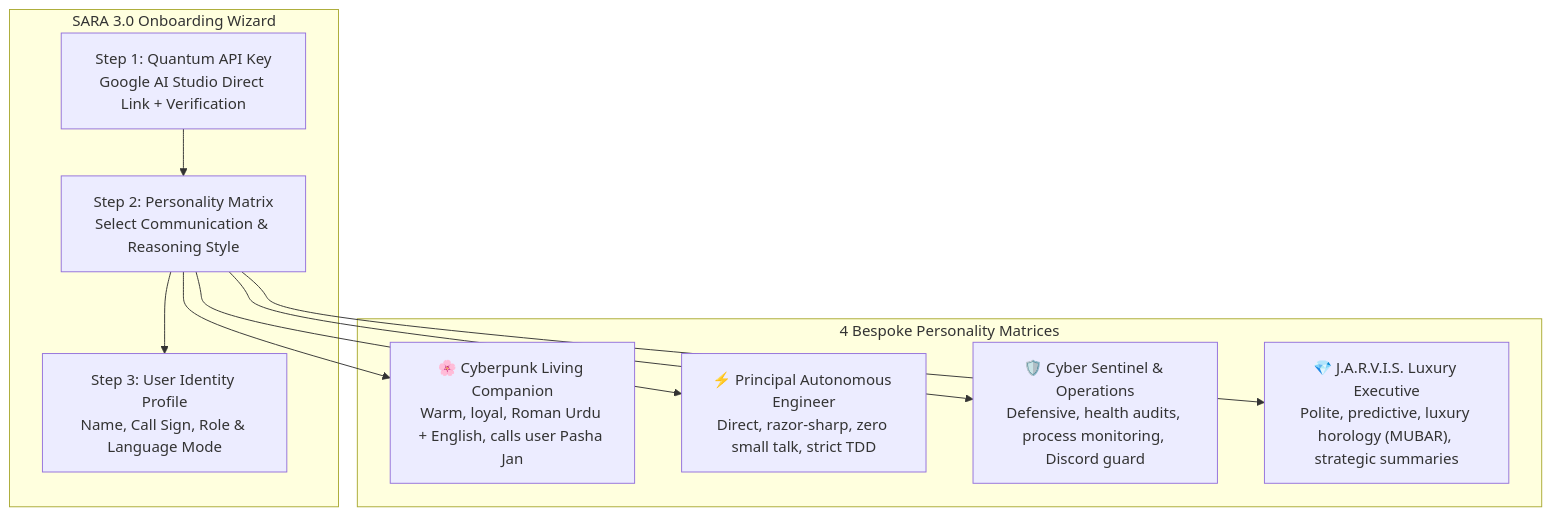
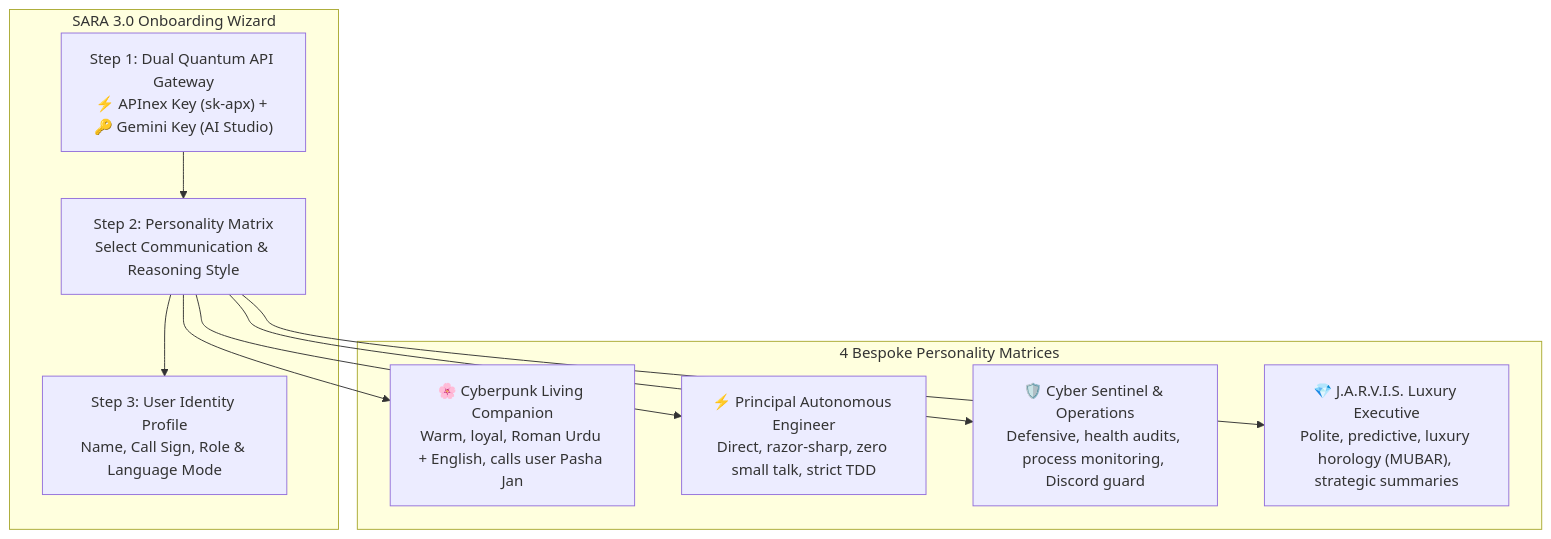
The fourth of 4 diagrams in architecture.md (pasha804/SARA-AI-2.5-Pro), drawn with Mermaid before and after one commit. The commit also changed other lines of this file and 3 other files, not shown here.

Commit message:
docs(refinement): synchronize architecture blueprint, README test badges, and APInex key redactor

````diff
--- a/architecture.md
+++ b/architecture.md
@@ -140,21 +140,21 @@
 ```mermaid
 graph TD
     subgraph ONBOARDING_WIZARD ["SARA 3.0 Onboarding Wizard"]
-        S1["Step 1: Quantum API Key<br/>Google AI Studio Direct Link + Verification"]
+        S1["Step 1: Dual Quantum API Gateway<br/>⚡ APInex Key (sk-apx) + 🔑 Gemini Key (AI Studio)"]
         S2["Step 2: Personality Matrix<br/>Select Communication & Reasoning Style"]
         S3["Step 3: User Identity Profile<br/>Name, Call Sign, Role & Language Mode"]
         S1 --> S2 --> S3
     end
 
     subgraph PERSONALITY_MODES ["4 Bespoke Personality Matrices"]
         P1["🌸 Cyberpunk Living Companion<br/>Warm, loyal, Roman Urdu + English, calls user Pasha Jan"]
         P2["⚡ Principal Autonomous Engineer<br/>Direct, razor-sharp, zero small talk, strict TDD"]
         P3["🛡️ Cyber Sentinel & Operations<br/>Defensive, health audits, process monitoring, Discord guard"]
         P4["💎 J.A.R.V.I.S. Luxury Executive<br/>Polite, predictive, luxury horology (MUBAR), strategic summaries"]
     end
 
     S2 --> P1
     S2 --> P2
     S2 --> P3
     S2 --> P4
 ```
````
